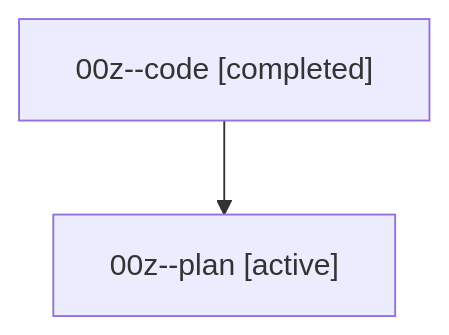
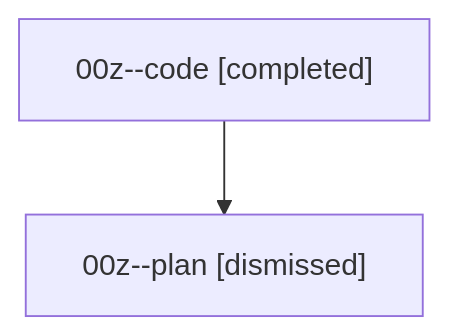
Before and after one commit to sase-org/sase--agents: the diagram in sessions/bbugyi200.athena.00z.md, drawn with Mermaid. The commit also changed other lines of this file and 31 other files, not shown here.

````diff
--- a/sessions/bbugyi200.athena.00z.md
+++ b/sessions/bbugyi200.athena.00z.md
@@ -9,6 +9,6 @@
 ```mermaid
 flowchart TD
   n0["00z--code [completed]"]
-  n1["00z--plan [active]"]
+  n1["00z--plan [dismissed]"]
   n0 --> n1
 ```
````
